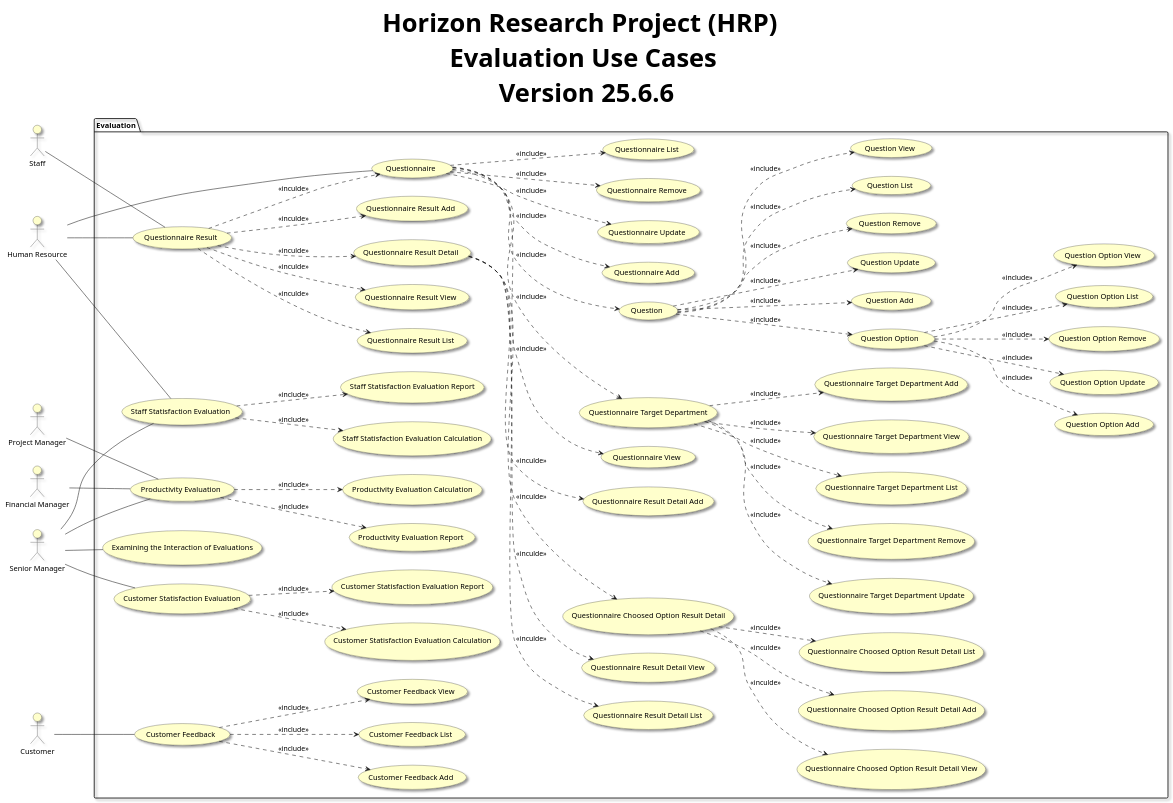
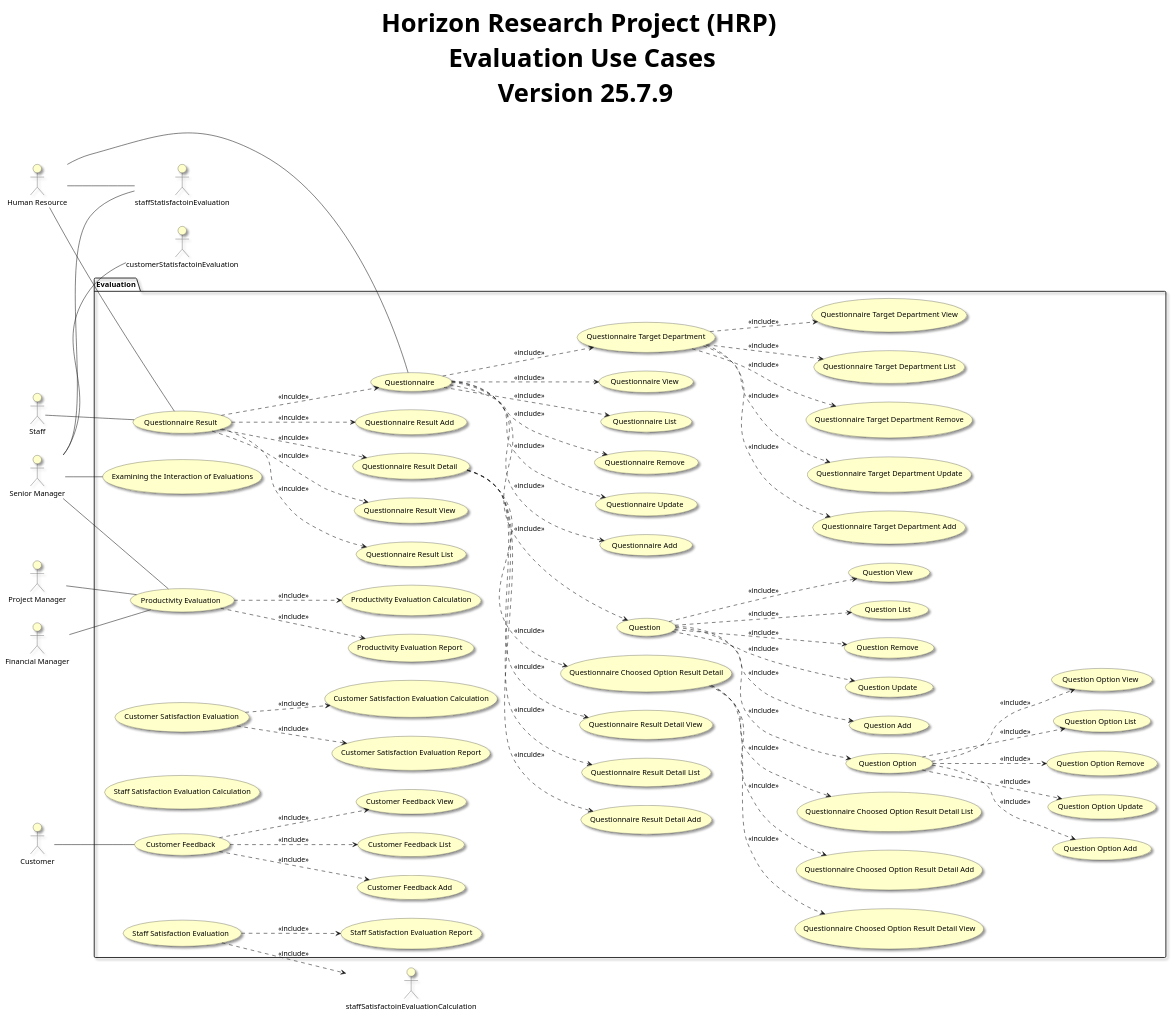
Before and after one commit to mahyaresteki/Horizon: the diagram in 3-HorizonModeling/HorizonUml/UseCase/Use Case/Packages/EvaluationUseCaseDiagram.puml, drawn with PlantUML. The commit also changed 22 other files, not shown here.

```diff
--- a/3-HorizonModeling/HorizonUml/UseCase/Use Case/Packages/EvaluationUseCaseDiagram.puml
+++ b/3-HorizonModeling/HorizonUml/UseCase/Use Case/Packages/EvaluationUseCaseDiagram.puml
@@ -1,135 +1,135 @@
 @startuml
 left to right direction
 
 skinparam useCaseBackgroundColor #Business
 skinparam actorBackgroundColor #Business
 skinparam Shadowing True
 skinparam TitleFontSize 48px
 
-title Horizon Research Project (HRP) \n Evaluation Use Cases \n Version 25.6.6
+title Horizon Research Project (HRP) \n Evaluation Use Cases \n Version 25.7.9
 
 :Project Manager: as PMO
 :Financial Manager: as Fmanager
 :Human Resource: as HR
 :Senior Manager: as SeniorManager
 :Staff: as Staff
 :Customer: as Customer
 
 package "Evaluation"{
 
     usecase "Questionnaire" as questionnaire
     usecase "Questionnaire Add" as questionnaireAdd
     usecase "Questionnaire Update" as questionnaireUpdate
     usecase "Questionnaire Remove" as questionnaireRemove
     usecase "Questionnaire List" as questionnaireList
     usecase "Questionnaire View" as questionnaireView
     usecase "Questionnaire Target Department" as questionnaireTargetDepartment
     usecase "Questionnaire Target Department Add" as questionnaireTargetDepartmentAdd
     usecase "Questionnaire Target Department Update" as questionnaireTargetDepartmentUpdate
     usecase "Questionnaire Target Department Remove" as questionnaireTargetDepartmentRemove
     usecase "Questionnaire Target Department List" as questionnaireTargetDepartmentList
     usecase "Questionnaire Target Department View" as questionnaireTargetDepartmentView
     usecase "Question" as question
     usecase "Question Add" as questionAdd
     usecase "Question Update" as questionUpdate
     usecase "Question Remove" as questionRemove
     usecase "Question List" as questionList
     usecase "Question View" as questionView
     usecase "Question Option" as questionOption
     usecase "Question Option Add" as questionOptionAdd
     usecase "Question Option Update" as questionOptionUpdate
     usecase "Question Option Remove" as questionOptionRemove
     usecase "Question Option List" as questionOptionList
     usecase "Question Option View" as questionOptionView
 
     usecase "Questionnaire Result" as questionnaireResult
     usecase "Questionnaire Result Add" as questionnaireResultAdd
     usecase "Questionnaire Result List" as questionnaireResultList
     usecase "Questionnaire Result View" as questionnaireResultView
     usecase "Questionnaire Result Detail" as questionnaireResultDetail
     usecase "Questionnaire Result Detail Add" as questionnaireResultDetailAdd
     usecase "Questionnaire Result Detail List" as questionnaireResultDetailList
     usecase "Questionnaire Result Detail View" as questionnaireResultDetailView
     usecase "Questionnaire Choosed Option Result Detail" as questionnaireChoosedOptionResultDetail
     usecase "Questionnaire Choosed Option Result Detail Add" as questionnaireChoosedOptionResultDetailAdd
     usecase "Questionnaire Choosed Option Result Detail List" as questionnaireChoosedOptionResultDetailList
     usecase "Questionnaire Choosed Option Result Detail View" as questionnaireChoosedOptionResultDetailView
 
     usecase "Customer Feedback" as customerFeedback
     usecase "Customer Feedback Add" as customerFeedbackAdd
     usecase "Customer Feedback List" as customerFeedbackList
     usecase "Customer Feedback View" as customerFeedbackView
 
     usecase "Productivity Evaluation" as productivityEvaluation
     usecase "Productivity Evaluation Calculation" as productivityEvaluationCalculation
     usecase "Productivity Evaluation Report" as productivityEvaluationReport
-    usecase "Staff Statisfaction Evaluation" as staffStatisfactoinEvaluation
-    usecase "Staff Statisfaction Evaluation Calculation" as staffStatisfactoinEvaluationCalculation
-    usecase "Staff Statisfaction Evaluation Report" as staffStatisfactoinEvaluationReport
-    usecase "Customer Statisfaction Evaluation" as customerStatisfactoinEvaluation
-    usecase "Customer Statisfaction Evaluation Calculation" as customerStatisfactoinEvaluationCalculation
-    usecase "Customer Statisfaction Evaluation Report" as customerStatisfactoinEvaluationReport
+    usecase "Staff Satisfaction Evaluation" as staffSatisfactoinEvaluation
+    usecase "Staff Satisfaction Evaluation Calculation" as saffStatisfactoinEvaluationCalculation
+    usecase "Staff Satisfaction Evaluation Report" as staffSatisfactoinEvaluationReport
+    usecase "Customer Satisfaction Evaluation" as customerSatisfactoinEvaluation
+    usecase "Customer Satisfaction Evaluation Calculation" as customerSatisfactoinEvaluationCalculation
+    usecase "Customer Satisfaction Evaluation Report" as customerSatisfactoinEvaluationReport
     usecase "Examining the Interaction of Evaluations" as interactionOfEvaluations
 }
 HR -- questionnaire
 HR -- questionnaireResult
 Staff -- questionnaireResult
 HR -- staffStatisfactoinEvaluation
 PMO -- productivityEvaluation
 Fmanager -- productivityEvaluation
 SeniorManager -- productivityEvaluation
 SeniorManager -- staffStatisfactoinEvaluation
 SeniorManager -- customerStatisfactoinEvaluation
 SeniorManager -- interactionOfEvaluations
 Customer -- customerFeedback
 
 questionnaire ..> questionnaireAdd  : <<include>>
 questionnaire ..> questionnaireUpdate : <<include>>
 questionnaire ..> questionnaireRemove : <<include>>
 questionnaire ..> questionnaireList : <<include>>
 questionnaire ..> questionnaireView : <<include>>
 questionnaire ..> questionnaireTargetDepartment : <<include>>
 questionnaireTargetDepartment ..> questionnaireTargetDepartmentAdd : <<include>>
 questionnaireTargetDepartment ..> questionnaireTargetDepartmentUpdate : <<include>>
 questionnaireTargetDepartment ..> questionnaireTargetDepartmentRemove : <<include>>
 questionnaireTargetDepartment ..> questionnaireTargetDepartmentList : <<include>>
 questionnaireTargetDepartment ..> questionnaireTargetDepartmentView : <<include>>
 questionnaire ..> question : <<include>>
 question ..> questionAdd : <<include>>
 question ..> questionUpdate : <<include>>
 question ..> questionRemove : <<include>>
 question ..> questionList : <<include>>
 question ..> questionView : <<include>>
 question ..> questionOption : <<include>>
 questionOption ..> questionOptionAdd : <<include>>
 questionOption ..> questionOptionUpdate : <<include>>
 questionOption ..> questionOptionRemove : <<include>>
 questionOption ..> questionOptionList : <<include>>
 questionOption ..> questionOptionView : <<include>>
 
 questionnaireResult ..> questionnaire : <<inculde>>
 questionnaireResult ..> questionnaireResultAdd : <<inculde>>
 questionnaireResult ..> questionnaireResultList : <<inculde>>
 questionnaireResult ..> questionnaireResultView : <<inculde>>
 questionnaireResult ..> questionnaireResultDetail : <<inculde>>
 questionnaireResultDetail ..> questionnaireResultDetailAdd : <<inculde>>
 questionnaireResultDetail ..> questionnaireResultDetailList : <<inculde>>
 questionnaireResultDetail ..> questionnaireResultDetailView : <<inculde>>
 questionnaireResultDetail ..> questionnaireChoosedOptionResultDetail : <<inculde>>
 questionnaireChoosedOptionResultDetail ..> questionnaireChoosedOptionResultDetailAdd : <<inculde>>
 questionnaireChoosedOptionResultDetail ..> questionnaireChoosedOptionResultDetailList : <<inculde>>
 questionnaireChoosedOptionResultDetail ..> questionnaireChoosedOptionResultDetailView : <<inculde>>
 
 customerFeedback ..> customerFeedbackAdd : <<include>>
 customerFeedback ..> customerFeedbackList : <<include>>
 customerFeedback ..> customerFeedbackView : <<include>>
 
 productivityEvaluation ..> productivityEvaluationCalculation : <<include>>
 productivityEvaluation ..> productivityEvaluationReport : <<include>>
-staffStatisfactoinEvaluation ..> staffStatisfactoinEvaluationCalculation : <<include>>
-staffStatisfactoinEvaluation ..> staffStatisfactoinEvaluationReport : <<include>>
-customerStatisfactoinEvaluation ..> customerStatisfactoinEvaluationCalculation : <<include>>
-customerStatisfactoinEvaluation ..> customerStatisfactoinEvaluationReport : <<include>>
+staffSatisfactoinEvaluation ..> staffSatisfactoinEvaluationCalculation : <<include>>
+staffSatisfactoinEvaluation ..> staffSatisfactoinEvaluationReport : <<include>>
+customerSatisfactoinEvaluation ..> customerSatisfactoinEvaluationCalculation : <<include>>
+customerSatisfactoinEvaluation ..> customerSatisfactoinEvaluationReport : <<include>>
 
 
 @enduml
```
